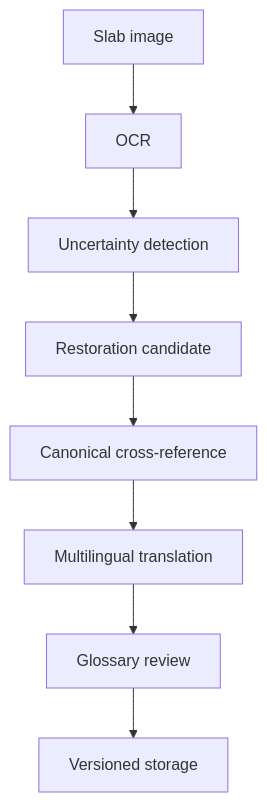
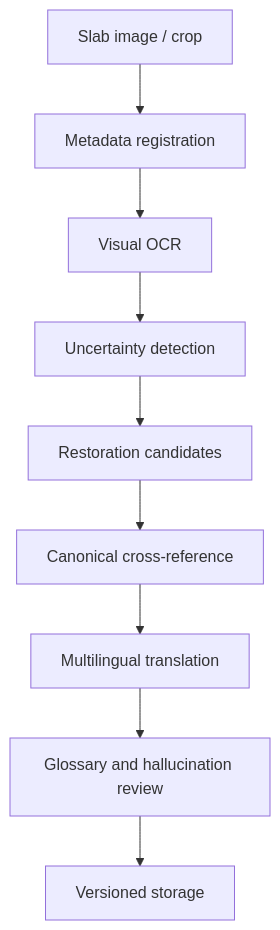
Before and after one commit to ngocquynh85/kidat-mimo-heritage-engine: the diagram in README.md, drawn with Mermaid. The commit also changed other lines of this file and 3 other files, not shown here.

````diff
--- a/README.md
+++ b/README.md
@@ -17,10 +25,11 @@
 ```mermaid
 flowchart TD
-  A[Slab image] --> B[OCR]
-  B --> C[Uncertainty detection]
-  C --> D[Restoration candidate]
-  D --> E[Canonical cross-reference]
-  E --> F[Multilingual translation]
-  F --> G[Glossary review]
-  G --> H[Versioned storage]
+  A[Slab image / crop] --> B[Metadata registration]
+  B --> C[Visual OCR]
+  C --> D[Uncertainty detection]
+  D --> E[Restoration candidates]
+  E --> F[Canonical cross-reference]
+  F --> G[Multilingual translation]
+  G --> H[Glossary and hallucination review]
+  H --> I[Versioned storage]
 ```
````
